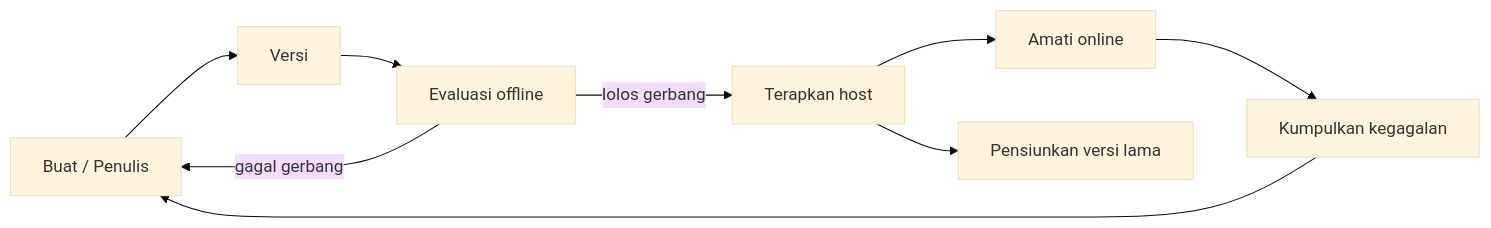
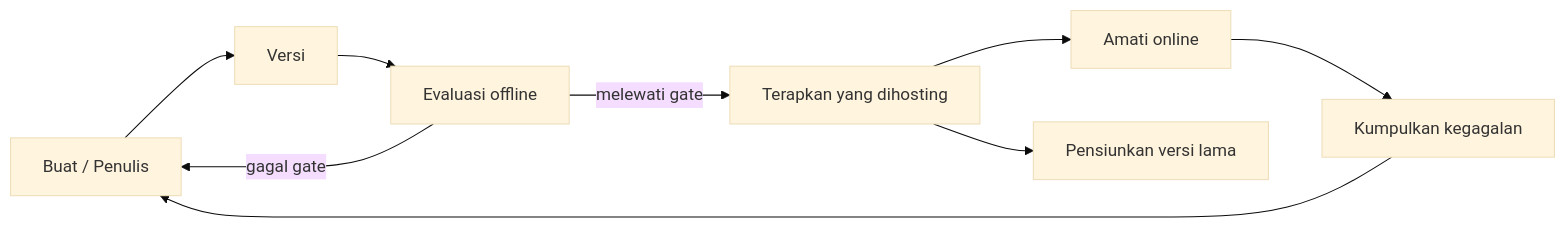
Before and after one commit to gabrielmoreira/agent-skills-mirror: the second of 4 diagrams in mirrors/repos/microsoft@ai-agents-for-beginners/translations/id/16-deploying-scalable-agents/README.md, drawn with Mermaid (base theme). The commit also changed other lines of this file and 4262 other files, not shown here.

````diff
--- a/mirrors/repos/microsoft@ai-agents-for-beginners/translations/id/16-deploying-scalable-agents/README.md
+++ b/mirrors/repos/microsoft@ai-agents-for-beginners/translations/id/16-deploying-scalable-agents/README.md
@@ -108,11 +108,11 @@
 ```mermaid
 flowchart LR
     Create[Buat / Penulis] --> Version[Versi]
     Version --> Evaluate[Evaluasi offline]
-    Evaluate -->|lolos gerbang| Deploy[Terapkan host]
-    Evaluate -->|gagal gerbang| Create
+    Evaluate -->|melewati gate| Deploy[Terapkan yang dihosting]
+    Evaluate -->|gagal gate| Create
     Deploy --> Observe[Amati online]
     Observe --> Improve[Kumpulkan kegagalan]
     Improve --> Create
     Deploy --> Retire[Pensiunkan versi lama]
 ```
````
